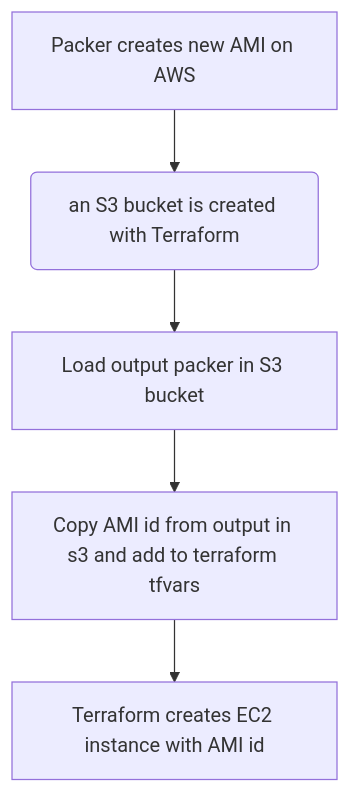
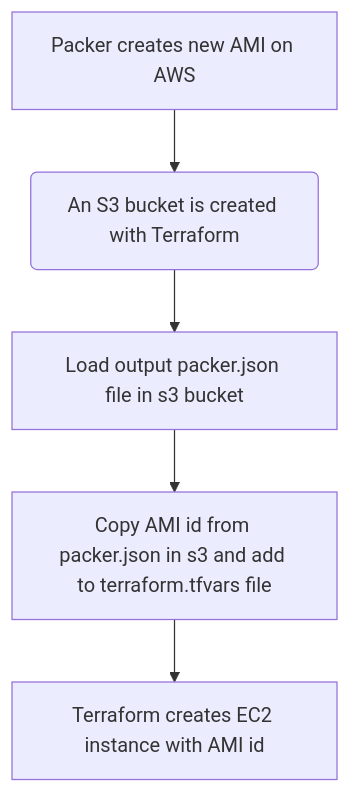
The diagram in readme.MD (Paula-Encinar/Packer-PoC), drawn with Mermaid before and after one commit. The commit also changed other lines of this file, not shown here.

Commit message:
adding docu

````diff
--- a/readme.MD
+++ b/readme.MD
@@ -21,8 +21,8 @@
 ```mermaid
 flowchart TD
-A[Packer creates new AMI on AWS] --> B(an S3 bucket is created with Terraform)
-B --> C[Load output packer in S3 bucket]
-C --> D[Copy AMI id from output in s3 and add to terraform tfvars]
+A[Packer creates new AMI on AWS] --> B(An S3 bucket is created with Terraform)
+B --> C[Load output packer.json file in s3 bucket]
+C --> D[Copy AMI id from packer.json in s3 and add to terraform.tfvars file]
 D --> E[Terraform creates EC2 instance with AMI id]
 
 ```
````
